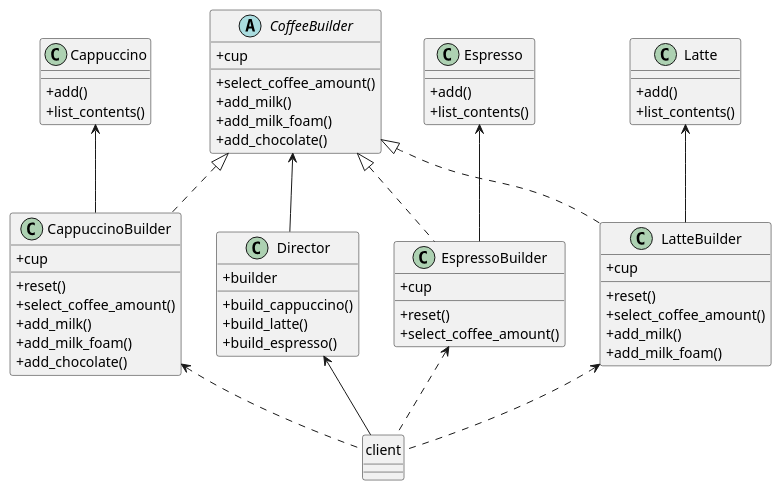
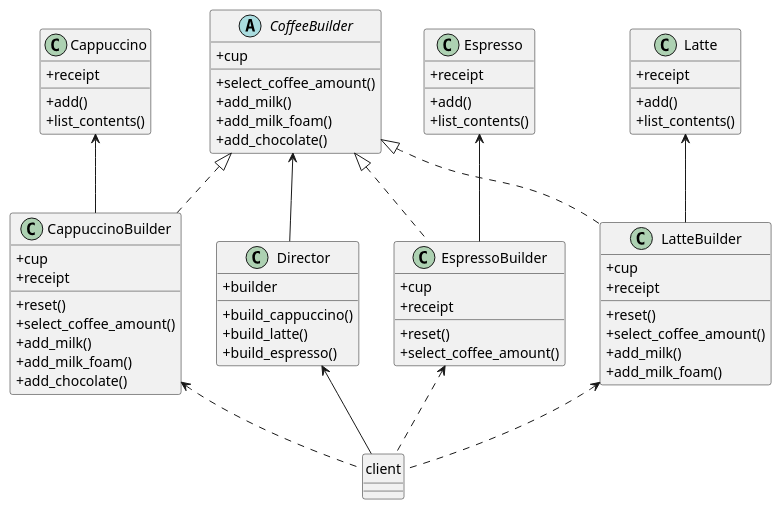
One commit to VolleyballPlayer/design-patterns changed the diagram in docs/source/pattern_description/builder.rst. Above: the diagram before and after it, drawn with PlantUML. The commit also changed 10 other files, not shown here.

Commit message:
Add prototype code, uml, cli, tests, extend readme, add receipt getter and setter in builder, add double espresso in receipts, adjust other tests

```diff
--- a/docs/source/pattern_description/builder.rst
+++ b/docs/source/pattern_description/builder.rst
@@ -95,74 +95,80 @@
 .. uml:: 
    
     @startuml
 
         skinparam classAttributeIconSize 0
 
         Director <-- client
         CoffeeBuilder <-- Director
         CoffeeBuilder <|.. CappuccinoBuilder
         CoffeeBuilder <|.. EspressoBuilder
         CoffeeBuilder <|.. LatteBuilder
         Cappuccino <-- CappuccinoBuilder
         Espresso <-- EspressoBuilder
         Latte <-- LatteBuilder
         CappuccinoBuilder <.. client
         EspressoBuilder <.. client
         LatteBuilder <.. client
 
         class Director {
             + builder
             + build_cappuccino()
             + build_latte()
             + build_espresso()
         }
 
         abstract class CoffeeBuilder {
         + cup
         + select_coffee_amount()
         + add_milk()
         + add_milk_foam()
         + add_chocolate()
         }
 
         class CappuccinoBuilder {
         + cup
+        + receipt
         + reset()
         + select_coffee_amount()
         + add_milk()
         + add_milk_foam()
         + add_chocolate()
         }
 
         class EspressoBuilder {
         + cup
+        + receipt
         + reset()
         + select_coffee_amount()
         }
 
         class LatteBuilder {
         + cup
+        + receipt
         + reset()
         + select_coffee_amount()
         + add_milk()
         + add_milk_foam()
         }
 
         class Cappuccino {
+        + receipt
         + add()
         + list_contents()
         }
 
         class Espresso {
+        + receipt
         + add()
         + list_contents()
         }
 
         class Latte {
+        + receipt
         + add()
         + list_contents()
         }
 
         hide client circle
 
     @enduml
```
